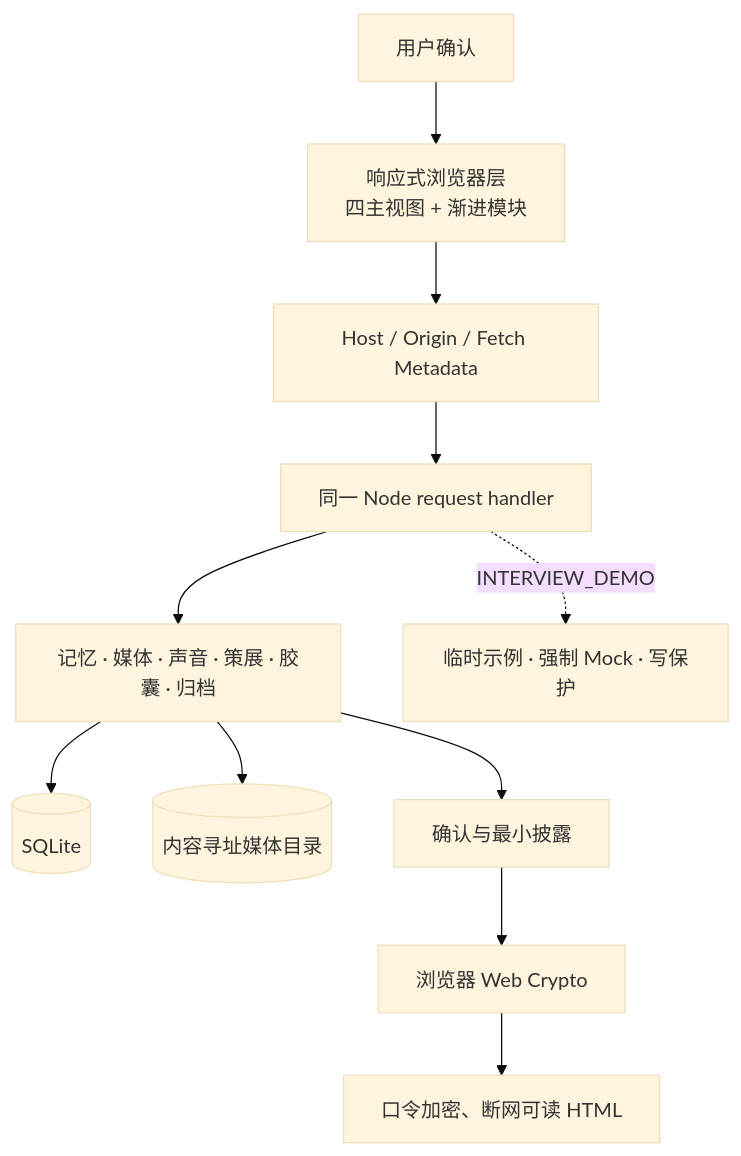
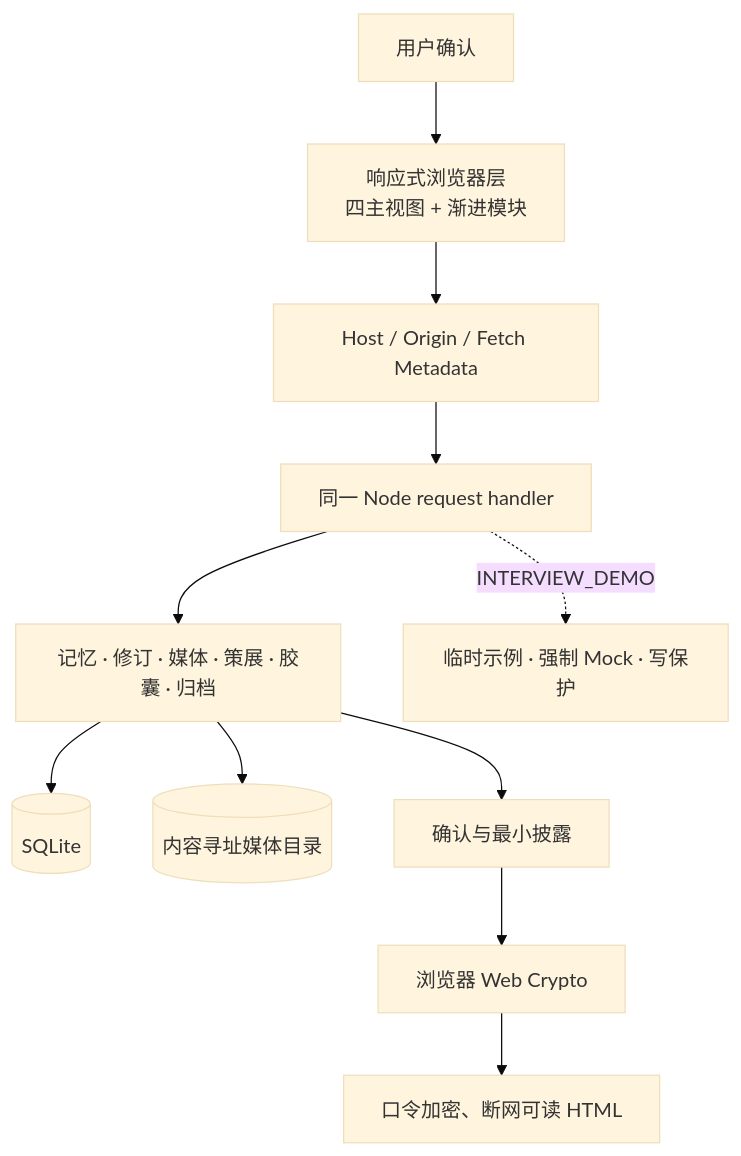
The diagram in README.md (JieE-212/AI_memory_museum), drawn with Mermaid (base theme) before and after one commit. The commit also changed other lines of this file and 55 other files, not shown here.

````diff
--- a/README.md
+++ b/README.md
@@ -47,13 +49,13 @@
 ```mermaid
 flowchart TB
   U["用户确认"] --> B["响应式浏览器层<br/>四主视图 + 渐进模块"]
   B --> S["Host / Origin / Fetch Metadata"]
   S --> H["同一 Node request handler"]
-  H --> D["记忆 · 媒体 · 声音 · 策展 · 胶囊 · 归档"]
+  H --> D["记忆 · 修订 · 媒体 · 策展 · 胶囊 · 归档"]
   D --> DB[("SQLite")]
   D --> FS[("内容寻址媒体目录")]
   D --> G["确认与最小披露"]
   G --> C["浏览器 Web Crypto"]
   C --> O["口令加密、断网可读 HTML"]
   H -. "INTERVIEW_DEMO" .-> X["临时示例 · 强制 Mock · 写保护"]
 ```
````
